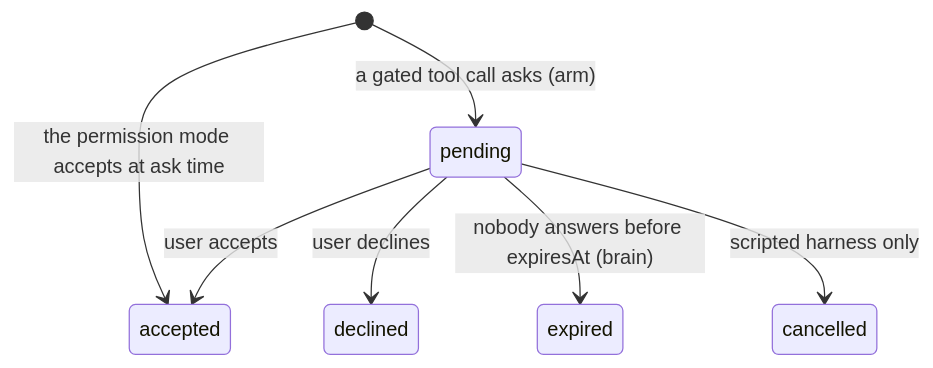
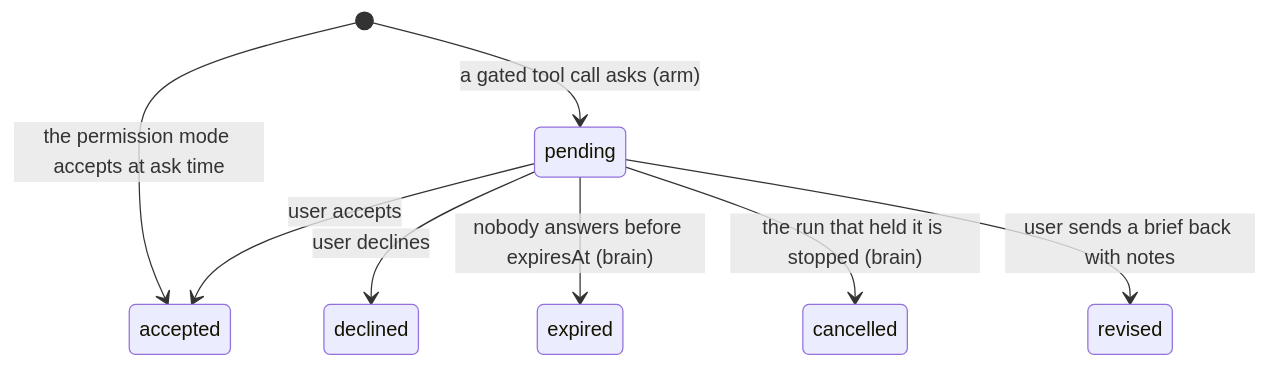
The second of 3 diagrams in docs/golden/thread-states.md (oscabriel/cairn), drawn with Mermaid before and after one commit. The commit also changed other lines of this file and 59 other files, not shown here.

````diff
--- a/docs/golden/thread-states.md
+++ b/docs/golden/thread-states.md
@@ -103,9 +153,10 @@
 ```mermaid
 stateDiagram-v2
     [*] --> pending: a gated tool call asks (arm)
     [*] --> accepted: the permission mode accepts at ask time
     pending --> accepted: user accepts
     pending --> declined: user declines
     pending --> expired: nobody answers before expiresAt (brain)
-    pending --> cancelled: scripted harness only
+    pending --> cancelled: the run that held it is stopped (brain)
+    pending --> revised: user sends a brief back with notes
 ```
````
